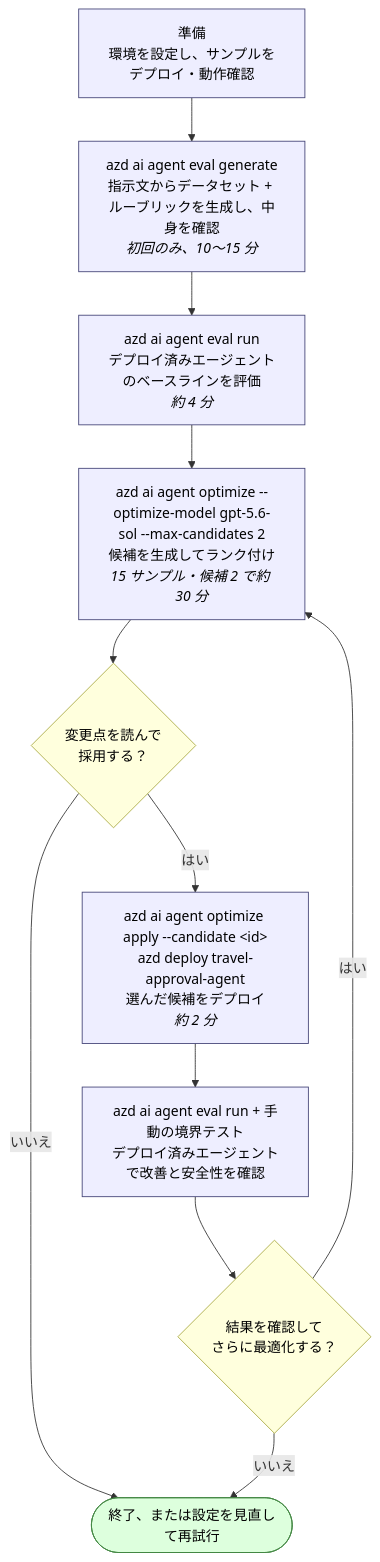
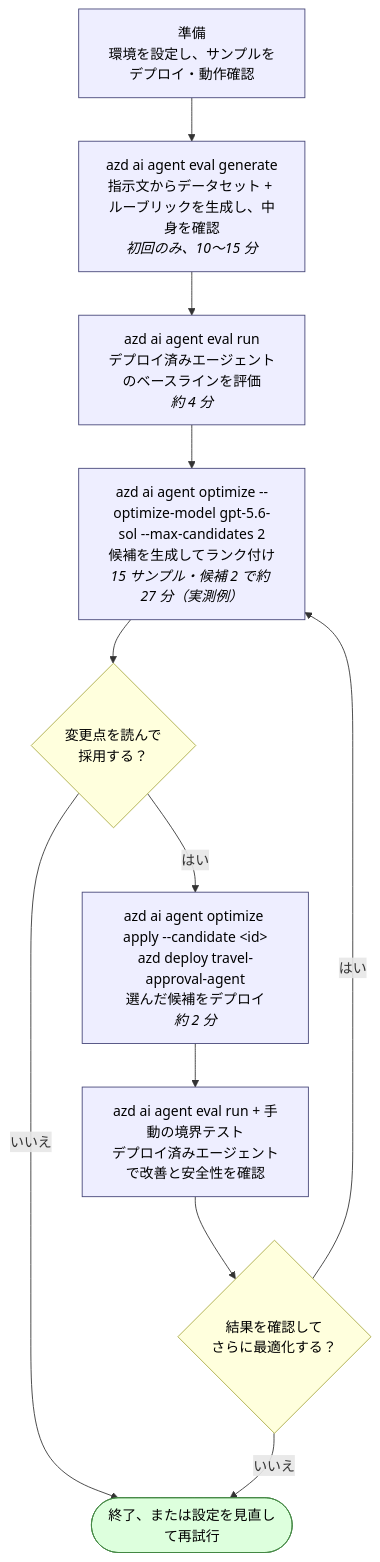
Before and after one commit to tniita/optimization-travel-approval-agent: the diagram in README.md, drawn with Mermaid. The commit also changed other lines of this file and 8 other files, not shown here.

````diff
--- a/README.md
+++ b/README.md
@@ -28,20 +28,20 @@
 ```mermaid
 flowchart TD
     P["準備<br/>環境を設定し、サンプルをデプロイ・動作確認"] --> A
     A["azd ai agent eval generate<br/>指示文からデータセット + ルーブリックを生成し、中身を確認<br/><i>初回のみ、10〜15 分</i>"] --> B
     B["azd ai agent eval run<br/>デプロイ済みエージェントのベースラインを評価<br/><i>約 4 分</i>"] --> C
-    C["azd ai agent optimize --optimize-model gpt-5.6-sol --max-candidates 2<br/>候補を生成してランク付け<br/><i>15 サンプル・候補 2 で約 30 分</i>"] --> H{"変更点を読んで<br/>採用する？"}
+    C["azd ai agent optimize --optimize-model gpt-5.6-sol --max-candidates 2<br/>候補を生成してランク付け<br/><i>15 サンプル・候補 2 で約 27 分（実測例）</i>"] --> H{"変更点を読んで<br/>採用する？"}
     H -- はい --> D
     H -- いいえ --> G(["終了、または設定を見直して再試行"])
     D["azd ai agent optimize apply --candidate &lt;id&gt;<br/>azd deploy travel-approval-agent<br/>選んだ候補をデプロイ<br/><i>約 2 分</i>"] --> E
     E["azd ai agent eval run + 手動の境界テスト<br/>デプロイ済みエージェントで改善と安全性を確認"] --> F{"結果を確認して<br/>さらに最適化する？"}
     F -- はい --> C
     F -- いいえ --> G
 
     classDef cmd fill:#eef,stroke:#447,stroke-width:1px,color:#000;
     classDef decision fill:#ffd,stroke:#aa4,stroke-width:1px,color:#000;
     classDef done fill:#dfd,stroke:#484,stroke-width:1px,color:#000;
     class P,A,B,C,D,E cmd;
     class H,F decision;
     class G done;
 ```
````
